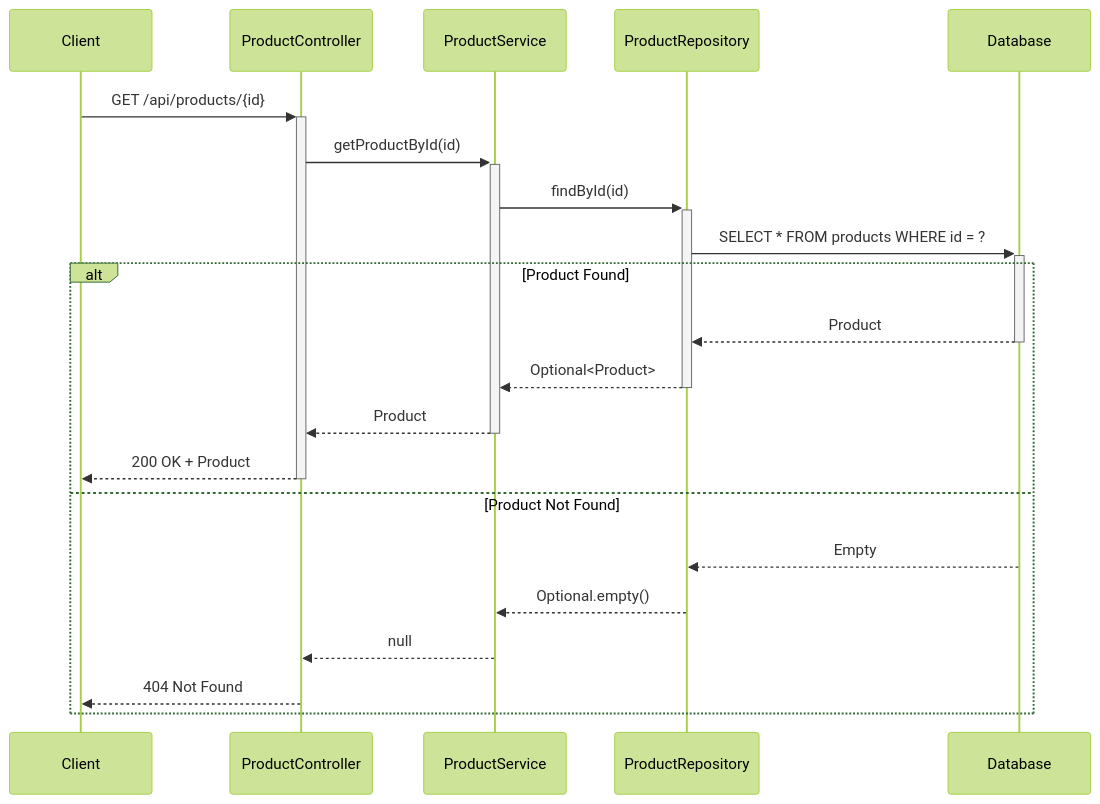
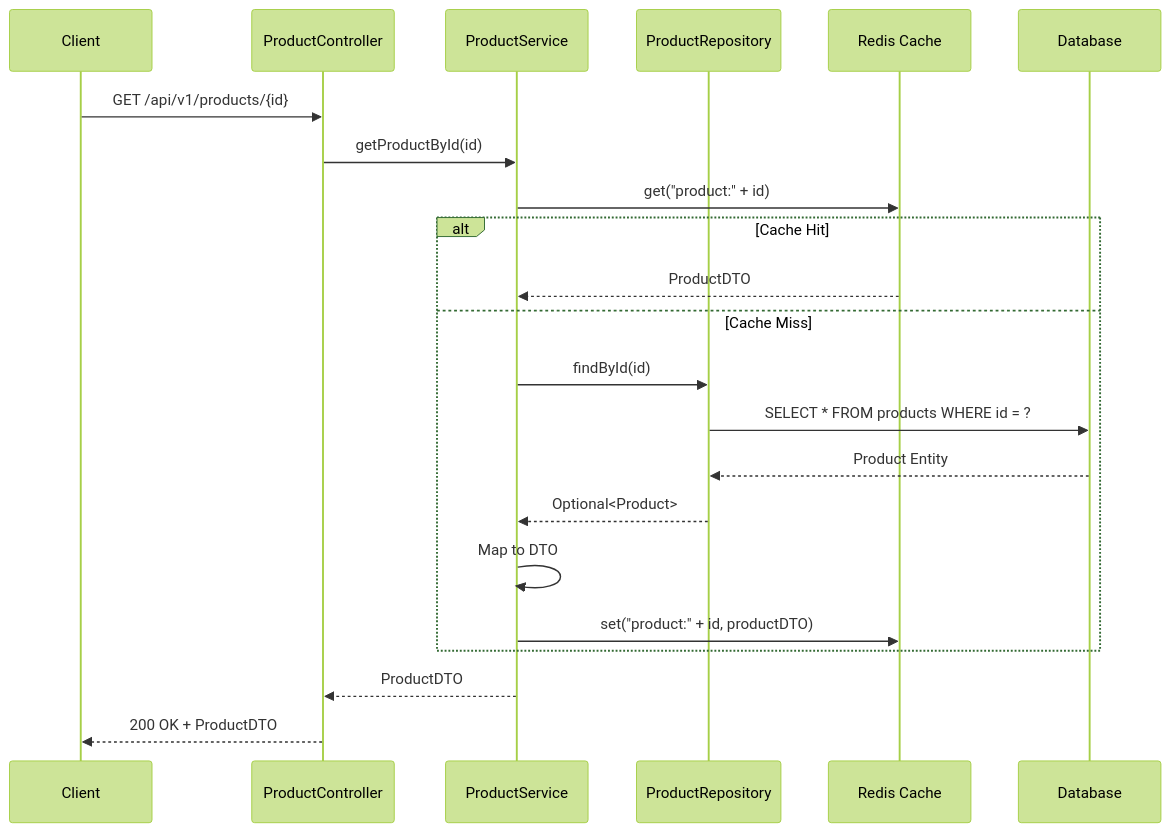
Before and after one commit to NavneetBN47/aava-ecom-demo: the tenth of 23 diagrams in docs/LLD/modified_lld.md, drawn with Mermaid (forest theme). The commit also changed other lines of this file, not shown here.

````diff
--- a/docs/LLD/modified_lld.md
+++ b/docs/LLD/modified_lld.md
@@ -598,25 +930,25 @@
 ```mermaid
 sequenceDiagram
     participant Client
-    participant ProductController
-    participant ProductService
-    participant ProductRepository
-    participant Database
+    participant Controller as ProductController
+    participant Service as ProductService
+    participant Repository as ProductRepository
+    participant Cache as Redis Cache
+    participant DB as Database
     
-    Client->>+ProductController: GET /api/products/{id}
-    ProductController->>+ProductService: getProductById(id)
-    ProductService->>+ProductRepository: findById(id)
-    ProductRepository->>+Database: SELECT * FROM products WHERE id = ?
-    
-    alt Product Found
-        Database-->>-ProductRepository: Product
-        ProductRepository-->>-ProductService: Optional<Product>
-        ProductService-->>-ProductController: Product
-        ProductController-->>-Client: 200 OK + Product
-    else Product Not Found
-        Database-->>ProductRepository: Empty
-        ProductRepository-->>ProductService: Optional.empty()
-        ProductService-->>ProductController: null
-        ProductController-->>Client: 404 Not Found
+    Client->>Controller: GET /api/v1/products/{id}
+    Controller->>Service: getProductById(id)
+    Service->>Cache: get("product:" + id)
+    alt Cache Hit
+        Cache-->>Service: ProductDTO
+    else Cache Miss
+        Service->>Repository: findById(id)
+        Repository->>DB: SELECT * FROM products WHERE id = ?
+        DB-->>Repository: Product Entity
+        Repository-->>Service: Optional<Product>
+        Service->>Service: Map to DTO
+        Service->>Cache: set("product:" + id, productDTO)
     end
+    Service-->>Controller: ProductDTO
+    Controller-->>Client: 200 OK + ProductDTO
 ```
````
